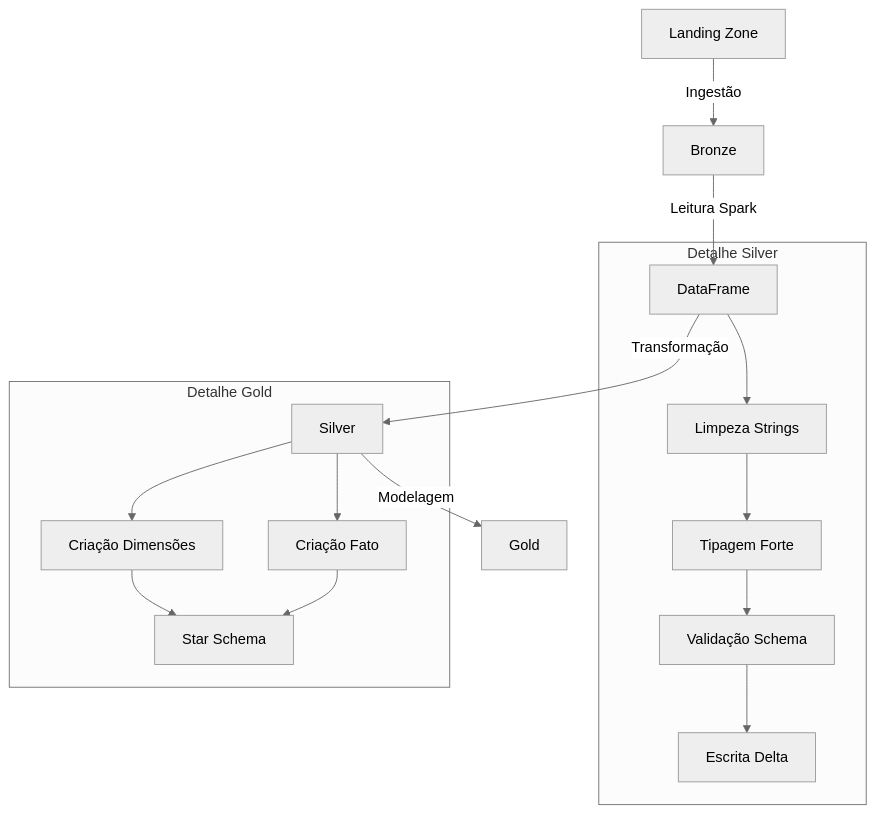
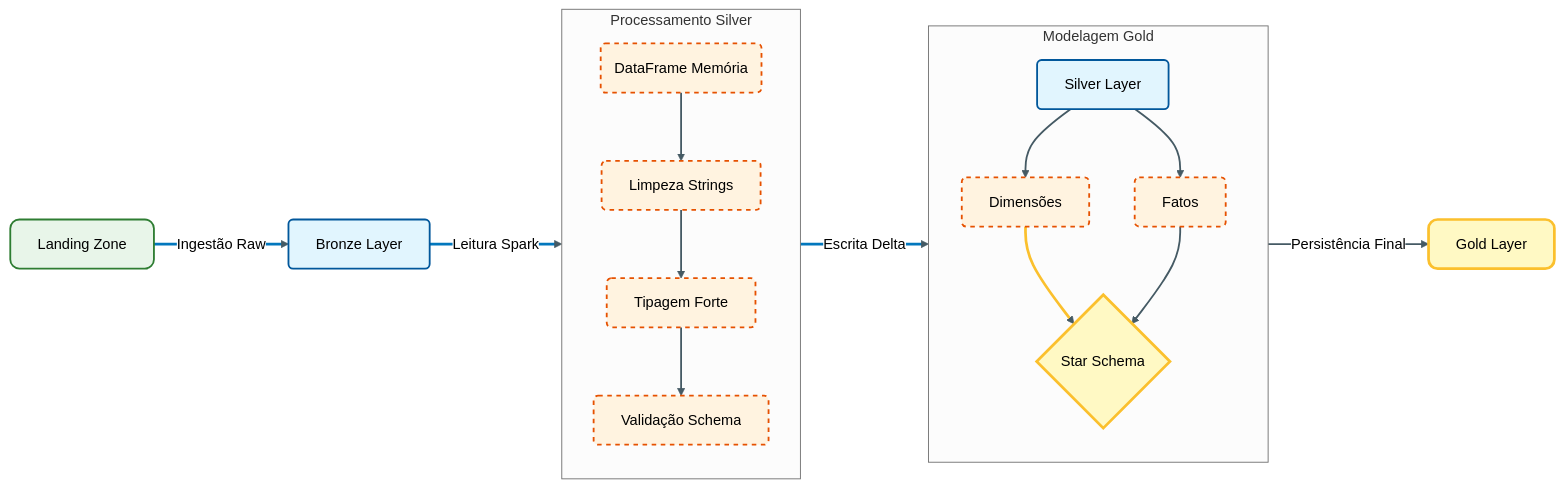
The second of 2 diagrams in docs/manual/04_arquitetura_detalhada.md (devdiasbr/databricks-challenge), drawn with Mermaid (neutral theme) before and after one commit. The commit also changed other lines of this file, not shown here.

Commit message:
Docs: Enhance Mermaid data flow diagram with styling and better direction

````diff
--- a/docs/manual/04_arquitetura_detalhada.md
+++ b/docs/manual/04_arquitetura_detalhada.md
@@ -113,21 +117,38 @@
 ```mermaid
-graph TD
-    LZ[Landing Zone] -->|Ingestão| BR[Bronze]
-    BR -->|Leitura Spark| DF[DataFrame]
-    DF -->|Transformação| SL[Silver]
-    SL -->|Modelagem| GD[Gold]
+flowchart LR
+    %% Definição de Estilos (Classes)
+    classDef storage fill:#e1f5fe,stroke:#01579b,stroke-width:2px,rx:5,ry:5;
+    classDef process fill:#fff3e0,stroke:#e65100,stroke-width:2px,stroke-dasharray: 5 5,rx:5,ry:5;
+    classDef gold fill:#fff9c4,stroke:#fbc02d,stroke-width:3px,rx:10,ry:10;
+    classDef start fill:#e8f5e9,stroke:#2e7d32,stroke-width:2px,rx:10,ry:10;
+
+    %% Nós Principais
+    LZ[Landing Zone]:::start -->|Ingestão Raw| BR[Bronze Layer]:::storage
+    BR -->|Leitura Spark| DF(DataFrame Memória):::process
     
-    subgraph "Detalhe Silver"
-        DF --> CLEAN[Limpeza Strings]
-        CLEAN --> TYPE[Tipagem Forte]
-        TYPE --> SCHEMA[Validação Schema]
-        SCHEMA --> WRITE[Escrita Delta]
+    %% Subgrafo Silver
+    subgraph Silver_Process [Processamento Silver]
+        direction TB
+        DF --> CLEAN[Limpeza Strings]:::process
+        CLEAN --> TYPE[Tipagem Forte]:::process
+        TYPE --> SCHEMA[Validação Schema]:::process
+    end
+    
+    SCHEMA -->|Escrita Delta| SL[Silver Layer]:::storage
+    
+    %% Subgrafo Gold
+    subgraph Gold_Process [Modelagem Gold]
+        direction TB
+        SL --> DIMS[Dimensões]:::process
+        SL --> FATO[Fatos]:::process
+        DIMS --> JOIN{Star Schema}:::gold
+        FATO --> JOIN
     end
 
-    subgraph "Detalhe Gold"
-        SL --> DIMS[Criação Dimensões]
-        SL --> FATO[Criação Fato]
-        DIMS --> JOIN[Star Schema]
-        FATO --> JOIN
-    end
+    JOIN -->|Persistência Final| GD[Gold Layer]:::gold
+    
+    %% Estilização das Conexões (Links)
+    linkStyle default stroke:#455a64,stroke-width:2px;
+    linkStyle 0,1,5 stroke:#0277bd,stroke-width:3px;
+    linkStyle 8 stroke:#fbc02d,stroke-width:3px;
 ```
````
